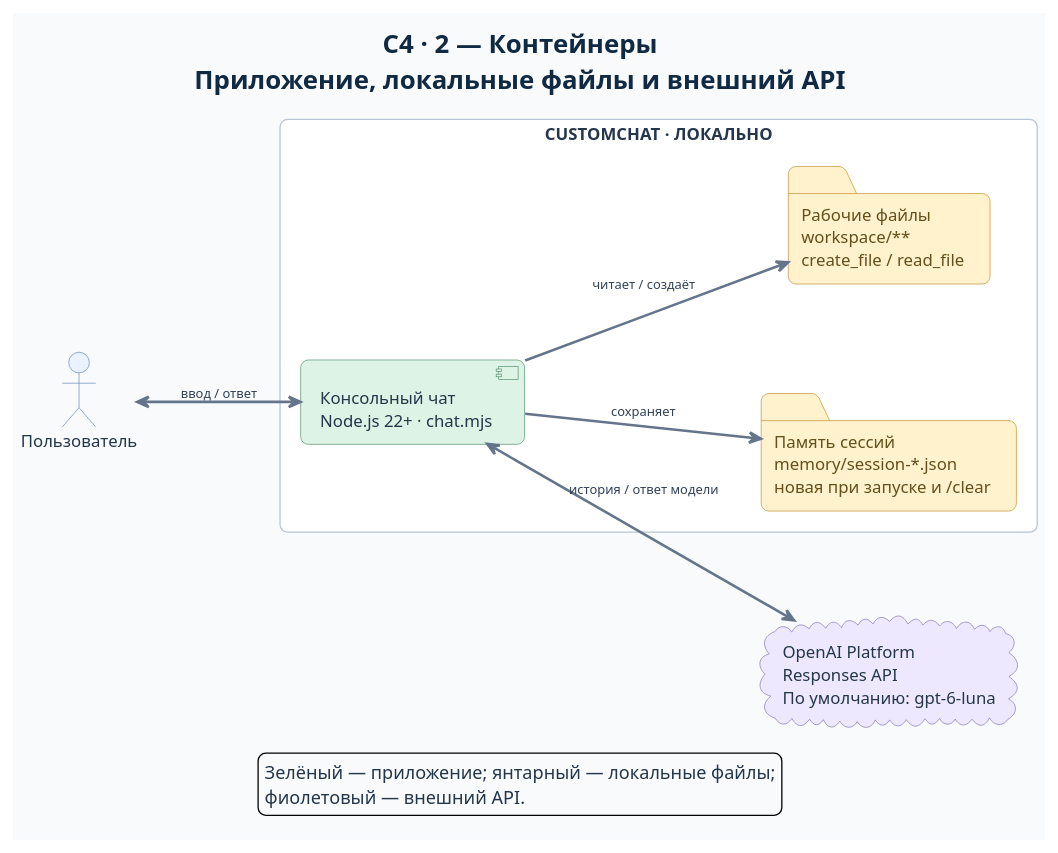
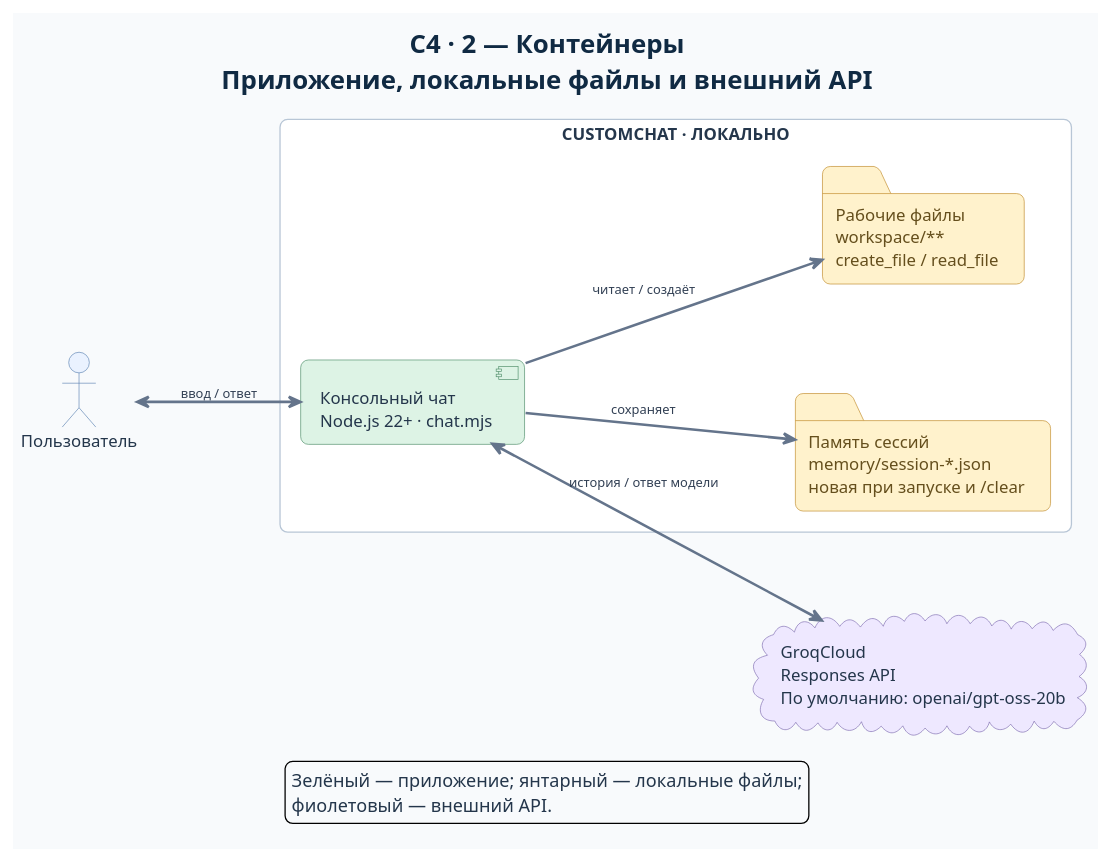
Before and after one commit to Dima163163/tg-bot: the diagram in 03-codex-killer/docs/diagrams/c4-containers.puml, drawn with PlantUML. The commit also changed 9 other files, not shown here.

Commit message:
fix: change openai from open model grok

```diff
--- a/03-codex-killer/docs/diagrams/c4-containers.puml
+++ b/03-codex-killer/docs/diagrams/c4-containers.puml
@@ -1,54 +1,54 @@
 @startuml
 title C4 · 2 — Контейнеры\nПриложение, локальные файлы и внешний API
 left to right direction
 skinparam backgroundColor #F8FAFC
 skinparam shadowing false
 skinparam defaultFontName Arial
 skinparam defaultFontSize 13
 skinparam defaultFontColor #24364B
 skinparam titleFontSize 20
 skinparam titleFontStyle bold
 skinparam titleFontColor #102A43
 skinparam ArrowColor #64748B
 skinparam ArrowThickness 2
 skinparam ArrowFontColor #334155
 skinparam ArrowFontSize 10
 skinparam packageStyle rectangle
 skinparam roundcorner 12
 skinparam nodesep 85
 skinparam ranksep 65
 skinparam package {
   BorderColor #B8C6D6
   BackgroundColor #FFFFFF
   FontColor #24364B
 }
 skinparam folder {
   BorderColor #C08A27
   BackgroundColor #FFF2CC
   FontColor #654F1D
 }
 skinparam actorBackgroundColor #EAF2FF
 skinparam actorBorderColor #5B82B1
 skinparam componentBackgroundColor #DDF3E5
 skinparam componentBorderColor #4C8C67
 skinparam cloudBackgroundColor #EEE8FF
 skinparam cloudBorderColor #7B68AE
 
 actor "Пользователь" as user #EAF2FF
 package "CUSTOMCHAT · ЛОКАЛЬНО" #FFFFFF {
   component "Консольный чат\nNode.js 22+ · chat.mjs" as app #DDF3E5
   folder "Память сессий\nmemory/session-*.json\nновая при запуске и /clear" as memoryFiles #FFF2CC
   folder "Рабочие файлы\nworkspace/**\ncreate_file / read_file" as workspaceFiles #FFF2CC
 }
-cloud "OpenAI Platform\nResponses API\nПо умолчанию: gpt-6-luna" as openai #EEE8FF
+cloud "GroqCloud\nResponses API\nПо умолчанию: openai/gpt-oss-20b" as groq #EEE8FF
 
 user <--> app : ввод / ответ
-app <--> openai : история / ответ модели
+app <--> groq : история / ответ модели
 app -down-> memoryFiles : сохраняет
 app -down-> workspaceFiles : читает / создаёт
 
 legend bottom
   Зелёный — приложение; янтарный — локальные файлы;
   фиолетовый — внешний API.
 endlegend
 @enduml
```
